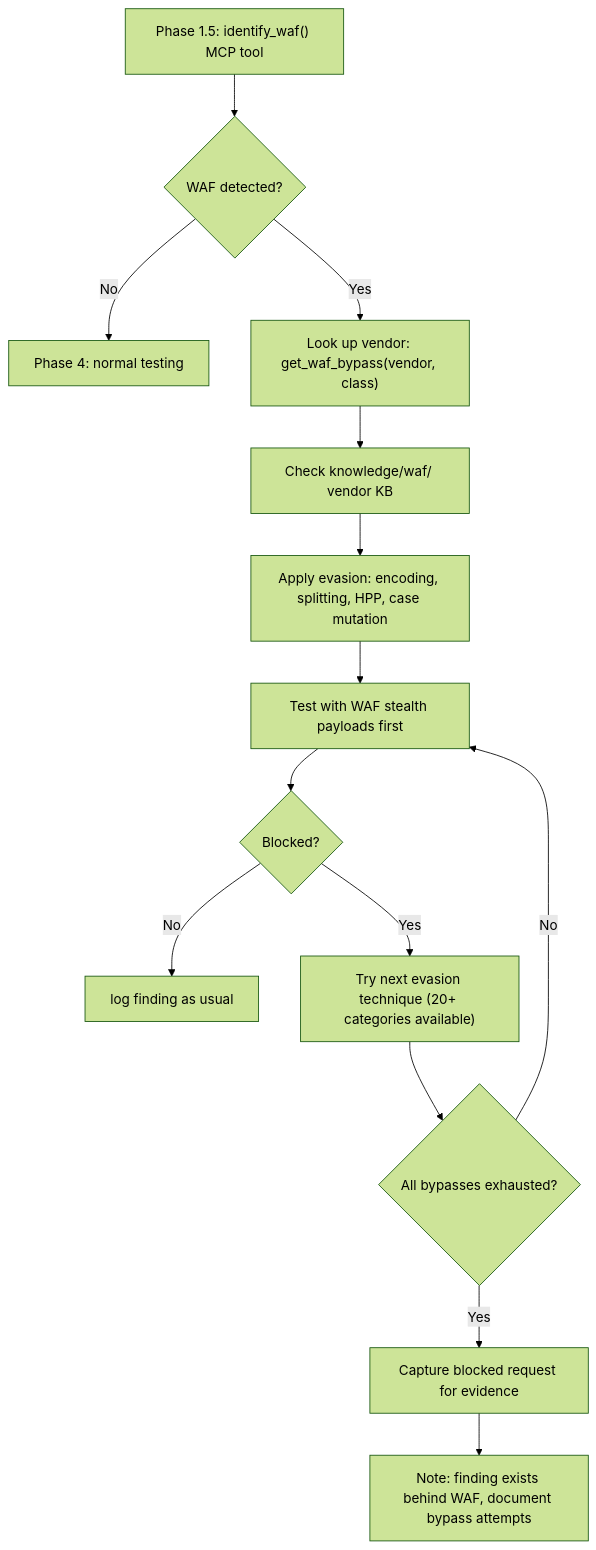
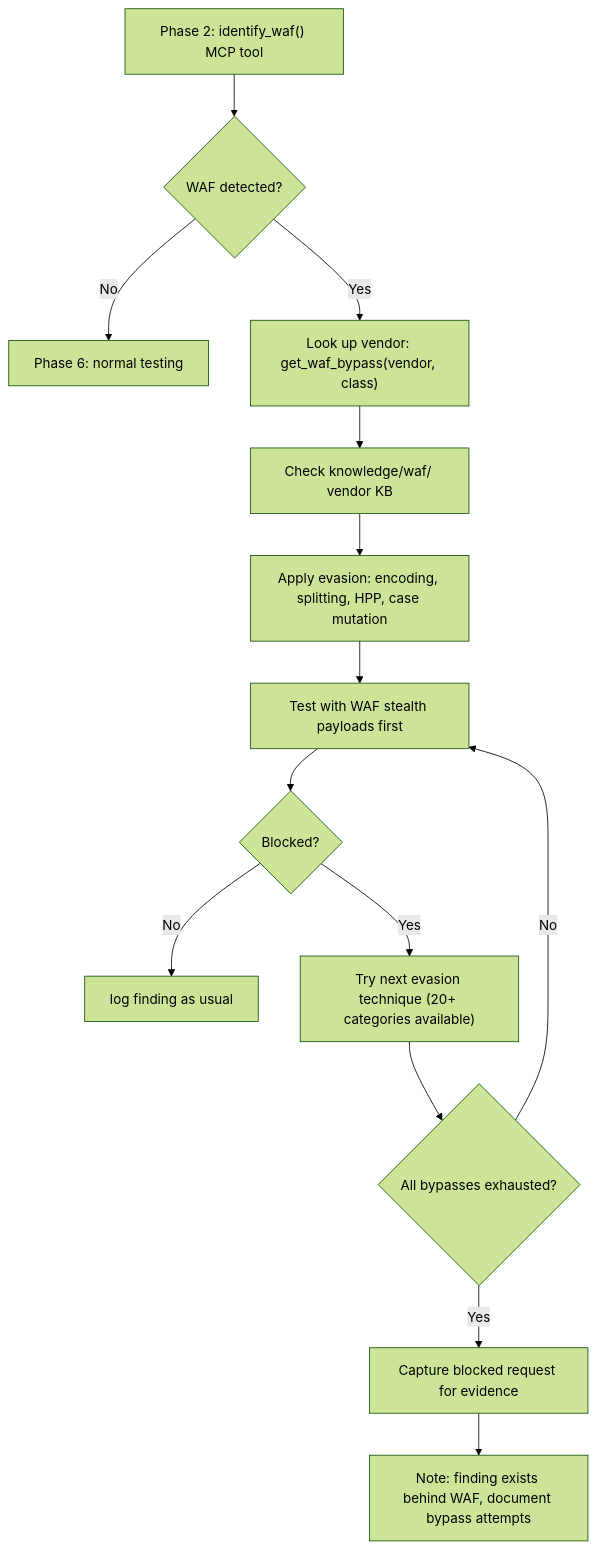
One commit to manojxshrestha/dristi changed the diagram in docs/testflow.md. Above: the diagram before and after it, drawn with Mermaid (forest theme). The commit also changed other lines of this file and 76 other files, not shown here.

````diff
--- a/docs/testflow.md
+++ b/docs/testflow.md
@@ -130,16 +149,16 @@
 ```mermaid
 graph TD
-    A["Phase 1.5: identify_waf() MCP tool"] --> B{WAF detected?}
-    B -->|No| C["Phase 4: normal testing"]
+    A["Phase 2: identify_waf() MCP tool"] --> B{WAF detected?}
+    B -->|No| C["Phase 6: normal testing"]
     B -->|Yes| D["Look up vendor: get_waf_bypass(vendor, class)"]
     D --> E["Check knowledge/waf/ vendor KB"]
     E --> F["Apply evasion: encoding, splitting, HPP, case mutation"]
     F --> G["Test with WAF stealth payloads first"]
     G --> H{Blocked?}
     H -->|No| I["log finding as usual"]
     H -->|Yes| J["Try next evasion technique (20+ categories available)"]
     J --> K{All bypasses exhausted?}
     K -->|No| G
     K -->|Yes| L["Capture blocked request for evidence"]
     L --> M["Note: finding exists behind WAF, document bypass attempts"]
 ```
````
